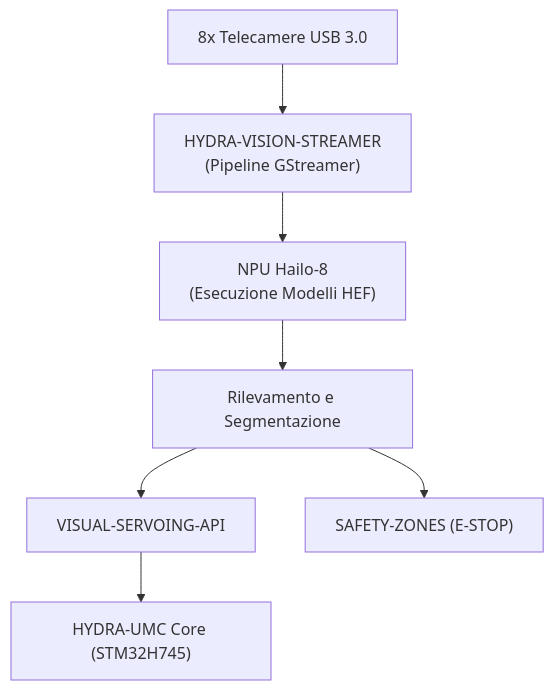
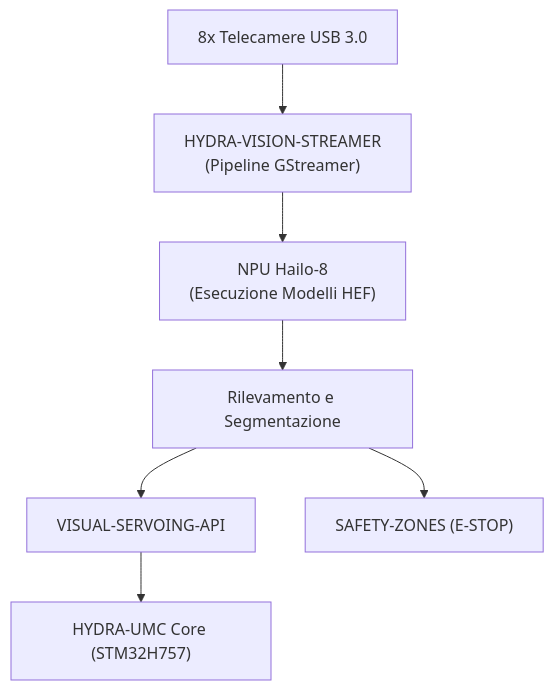
Before and after one commit to JuanenRac/HYDRA-UMC-VISION-NODE: the diagram in README_ita.md, drawn with Mermaid. The commit also changed other lines of this file and 7 other files, not shown here.

````diff
--- a/README_ita.md
+++ b/README_ita.md
@@ -115,9 +115,9 @@
 ```mermaid
 flowchart TB
     CAM["8x Telecamere USB 3.0"] --> STREAMER["HYDRA-VISION-STREAMER<br/>(Pipeline GStreamer)"]
     STREAMER --> NPU["NPU Hailo-8<br/>(Esecuzione Modelli HEF)"]
     NPU --> DETECT["Rilevamento e Segmentazione"]
     DETECT --> API["VISUAL-SERVOING-API"]
-    API --> CORE["HYDRA-UMC Core (STM32H745)"]
+    API --> CORE["HYDRA-UMC Core (STM32H757)"]
     DETECT --> SAFETY["SAFETY-ZONES (E-STOP)"]
 ```
````
